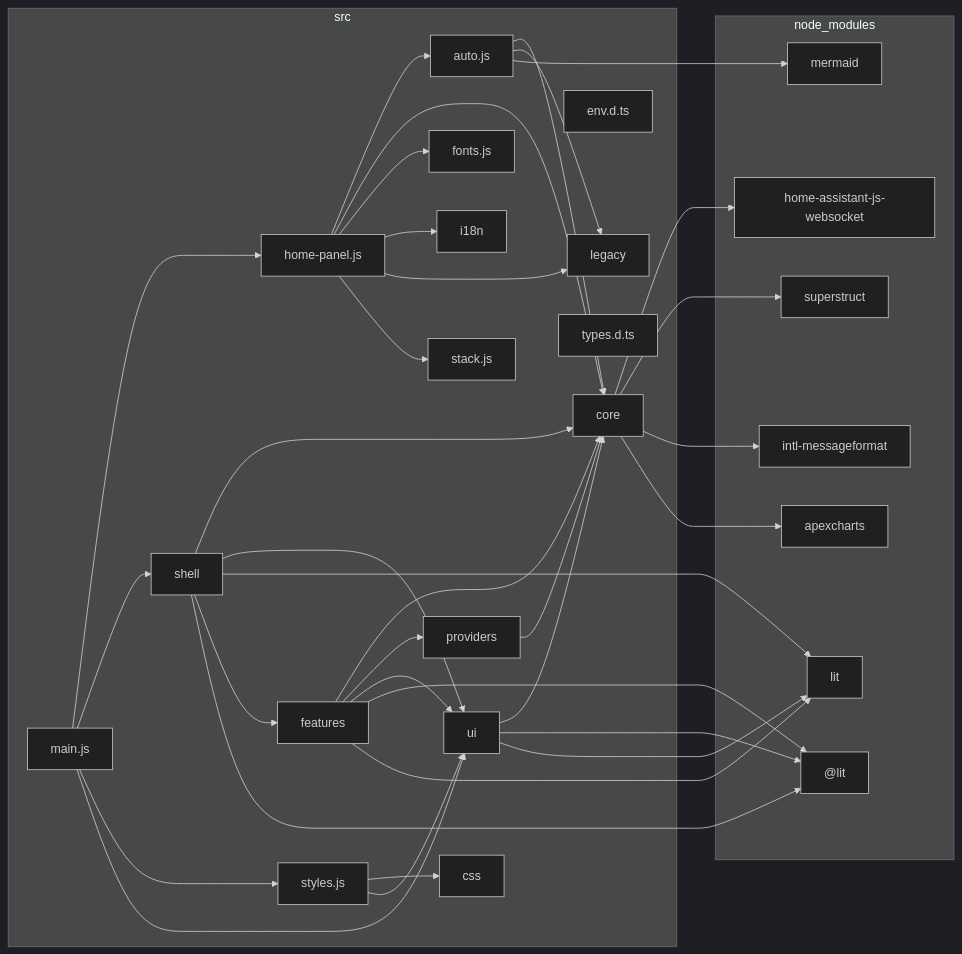
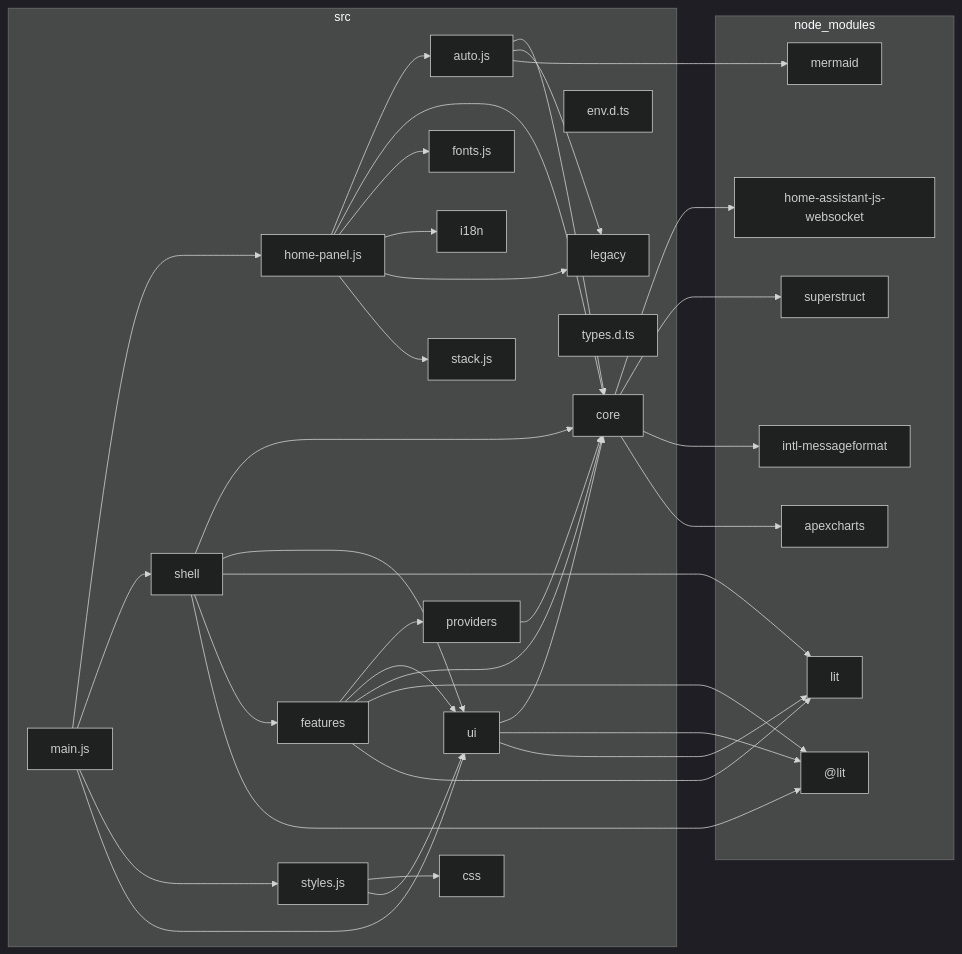
Before and after one commit to pldelisle/ha-home-panel: the diagram in docs/architecture/dependency-graph.md, drawn with Mermaid (dark theme). The commit also changed other lines of this file and 19 other files, not shown here.

````diff
--- a/docs/architecture/dependency-graph.md
+++ b/docs/architecture/dependency-graph.md
@@ -5,64 +5,64 @@
 ```mermaid
 flowchart LR
 
 subgraph 0["node_modules"]
 1["@lit"]
 2["apexcharts"]
 3["home-assistant-js-websocket"]
 4["intl-messageformat"]
 5["lit"]
 6["mermaid"]
 7["superstruct"]
 end
 subgraph 8["src"]
 9["auto.js"]
 A["core"]
 B["css"]
 C["env.d.ts"]
 D["features"]
 E["fonts.js"]
 F["home-panel.js"]
 G["i18n"]
 H["legacy"]
 I["main.js"]
 J["providers"]
 K["shell"]
 L["stack.js"]
 M["styles.js"]
 N["types.d.ts"]
 O["ui"]
 end
 9-->A
 9-->H
 9-->6
 A-->3
 A-->7
 A-->4
 A-->2
-D-->A
 D-->J
 D-->O
+D-->A
 D-->1
 D-->5
 F-->9
 F-->A
 F-->E
 F-->G
 F-->H
 F-->L
 I-->F
 I-->K
 I-->M
 I-->O
 J-->A
 K-->A
 K-->O
 K-->5
 K-->D
 K-->1
 M-->B
 M-->O
 O-->A
 O-->1
 O-->5
 ```
````
